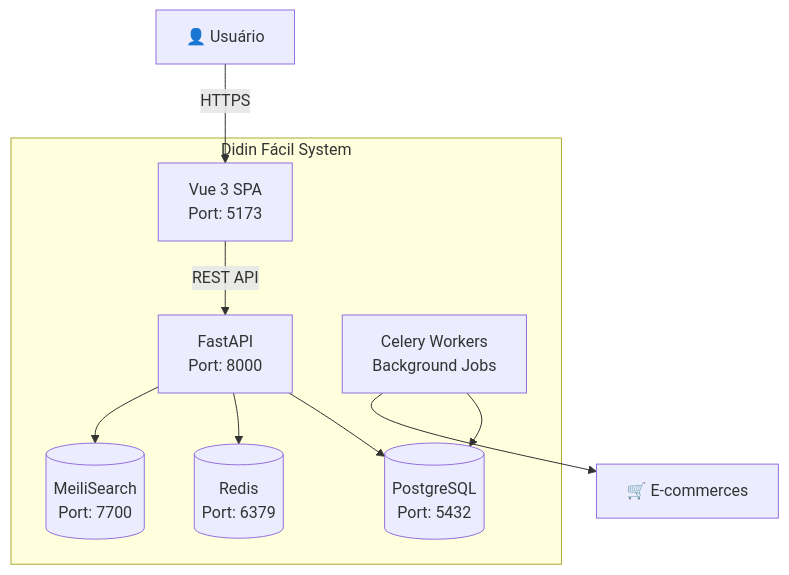
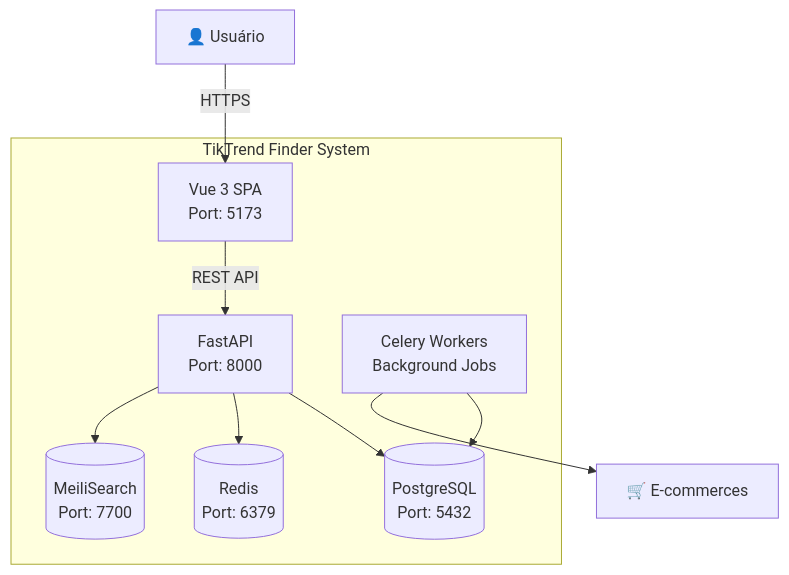
The diagram in .github/agents/documentation.agent.md (arkheioncorp/didin-facil), drawn with Mermaid before and after one commit. The commit also changed other lines of this file and 234 other files, not shown here.

First line of the commit message:
refactor: rename Didin Fácil to TikTrend Finder across entire codebase

````diff
--- a/.github/agents/documentation.agent.md
+++ b/.github/agents/documentation.agent.md
@@ -395,24 +395,24 @@
 ```mermaid
 graph TB
     User[👤 Usuário]
     
-    subgraph "Didin Fácil System"
+    subgraph "TikTrend Finder System"
         Frontend[Vue 3 SPA<br/>Port: 5173]
         Backend[FastAPI<br/>Port: 8000]
         Worker[Celery Workers<br/>Background Jobs]
         
         DB[(PostgreSQL<br/>Port: 5432)]
         Cache[(Redis<br/>Port: 6379)]
         Search[(MeiliSearch<br/>Port: 7700)]
     end
     
     External[🛒 E-commerces]
     
     User -->|HTTPS| Frontend
     Frontend -->|REST API| Backend
     Backend --> DB
     Backend --> Cache
     Backend --> Search
     Worker --> DB
     Worker --> External
 ```
````
